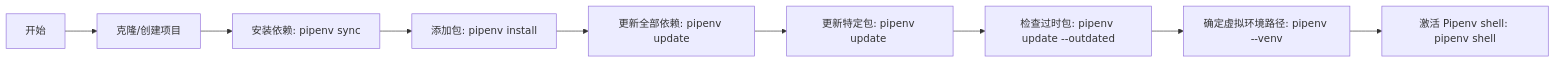
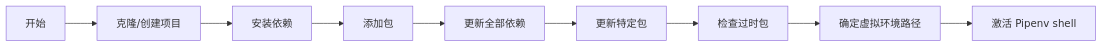
One commit to SevenWate/wiki changed the diagram in Tech/programming-language/Python/项目/虚拟环境/pipenv.md. Above: the diagram before and after it, drawn with Mermaid. The commit also changed other lines of this file and 1 other file, not shown here.

Commit message:
Python: pyenv 多版本管理器

````diff
--- a/Tech/programming-language/Python/项目/虚拟环境/pipenv.md
+++ b/Tech/programming-language/Python/项目/虚拟环境/pipenv.md
@@ -58,11 +58,11 @@
 ```mermaid
 graph LR
     A[开始] --> B[克隆/创建项目]
-    B --> C[安装依赖: pipenv sync]
-    C --> D[添加包: pipenv install <package>]
-    D --> E[更新全部依赖: pipenv update]
-    E --> F[更新特定包: pipenv update <package>]
-    F --> G[检查过时包: pipenv update --outdated]
-    G --> H[确定虚拟环境路径: pipenv --venv]
-    H --> I[激活 Pipenv shell: pipenv shell]
+    B --> C[安装依赖]
+    C --> D[添加包]
+    D --> E[更新全部依赖]
+    E --> F[更新特定包]
+    F --> G[检查过时包]
+    G --> H[确定虚拟环境路径]
+    H --> I[激活 Pipenv shell]
 ```
````
